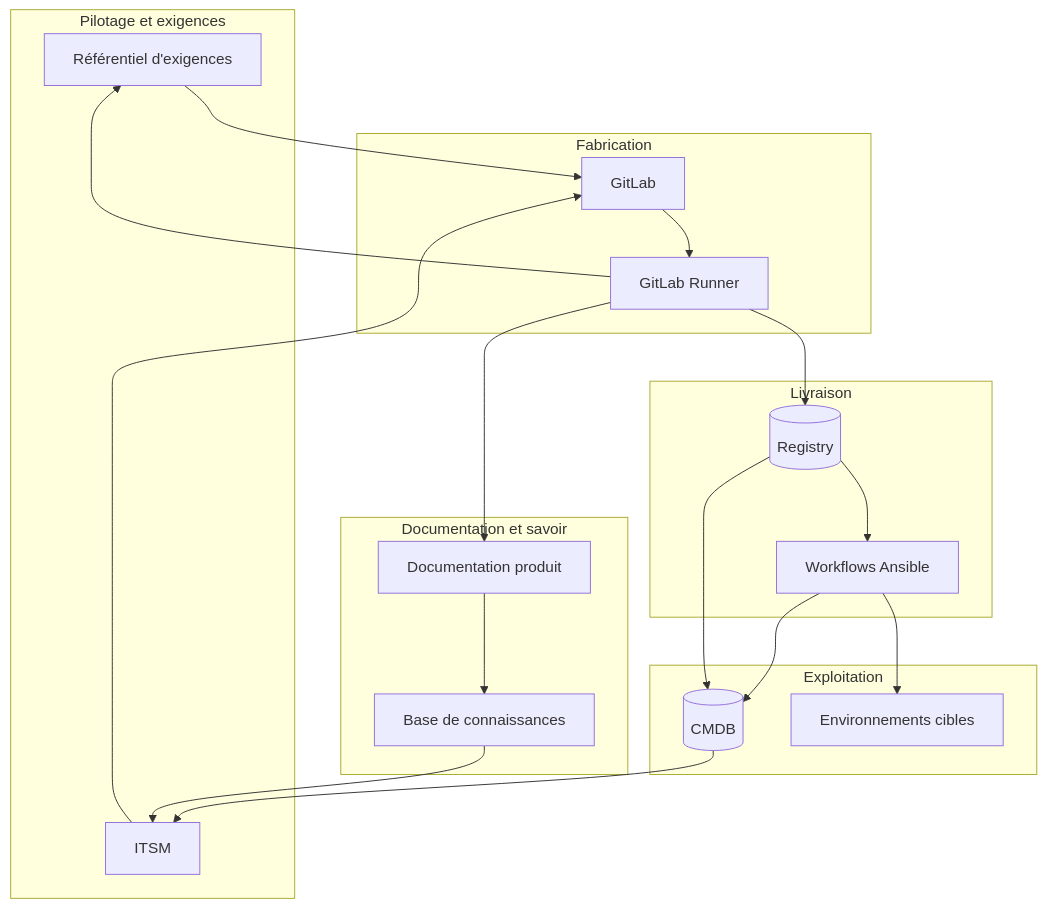
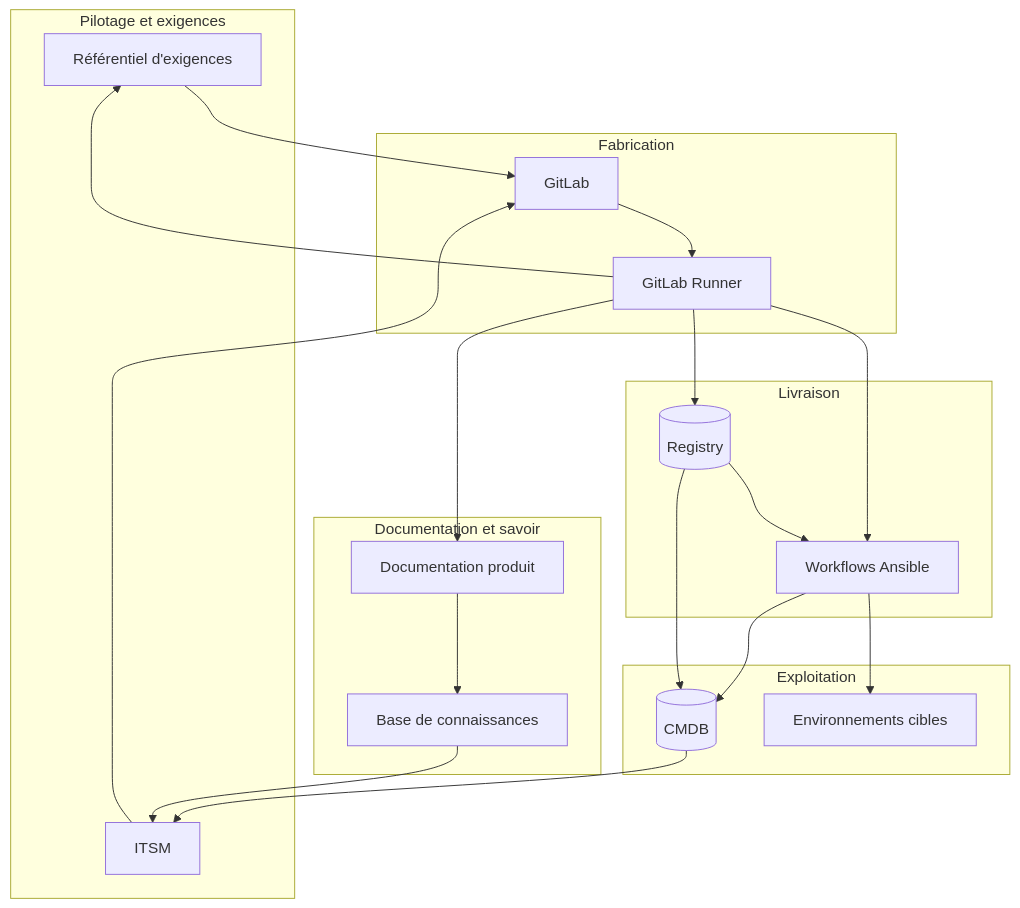
Before and after one commit to logo-solutions/factice: the third of 3 diagrams in Docs/1-fondations/flux-outils.md, drawn with Mermaid. The commit also changed other lines of this file, not shown here.

````diff
--- a/Docs/1-fondations/flux-outils.md
+++ b/Docs/1-fondations/flux-outils.md
@@ -102,37 +108,38 @@
 ```mermaid
 flowchart TB
     subgraph PILOTAGE["Pilotage et exigences"]
         REQ["Référentiel d'exigences"]
         ITSM["ITSM"]
     end
     subgraph FABRICATION["Fabrication"]
         GL["GitLab"]
         RUN["GitLab Runner"]
     end
     subgraph LIVRAISON["Livraison"]
         REG[("Registry")]
         ANS["Workflows Ansible"]
     end
     subgraph EXPLOITATION["Exploitation"]
         CMDB[("CMDB")]
         ENV["Environnements cibles"]
     end
     subgraph SAVOIR["Documentation et savoir"]
         DOC["Documentation produit"]
         KB["Base de connaissances"]
     end
 
     REQ --> GL
     ITSM --> GL
     GL --> RUN
     RUN --> REG
     RUN --> REQ
     RUN --> DOC
+    RUN --> ANS
     REG --> ANS
     ANS --> ENV
     ANS --> CMDB
     REG --> CMDB
     CMDB --> ITSM
     DOC --> KB
     KB --> ITSM
 ```
````
